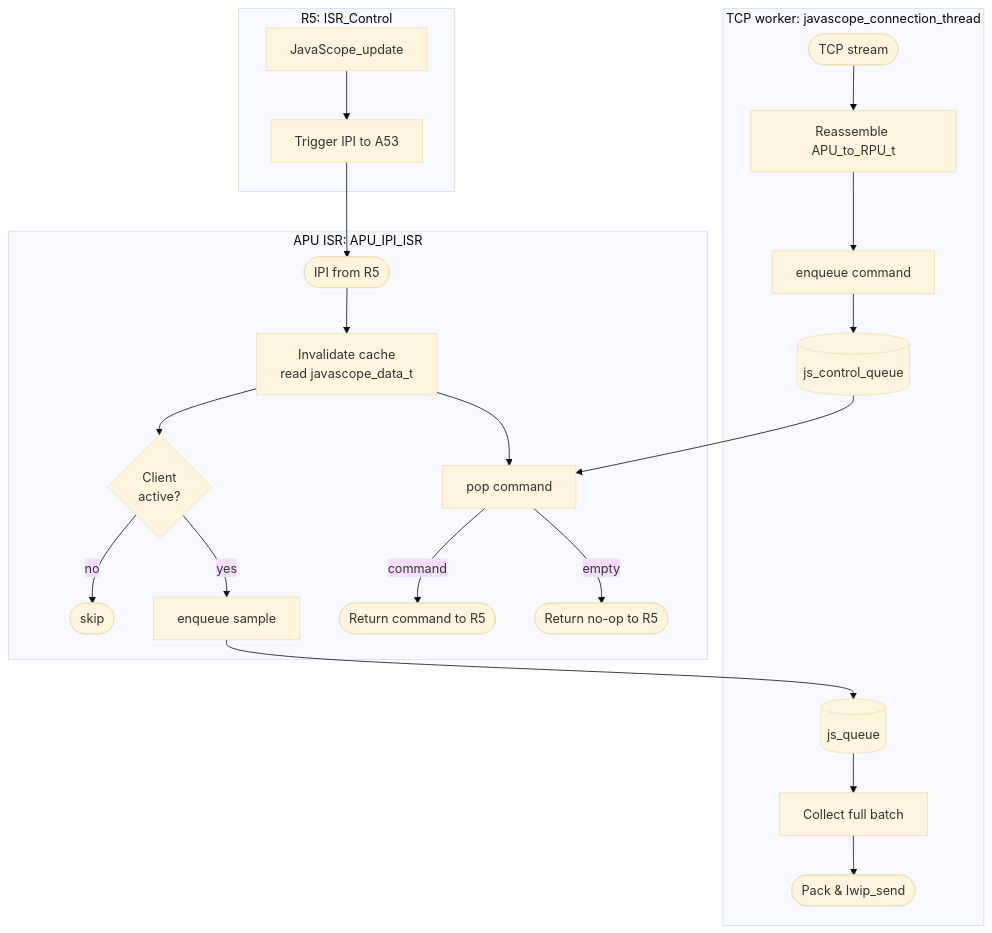
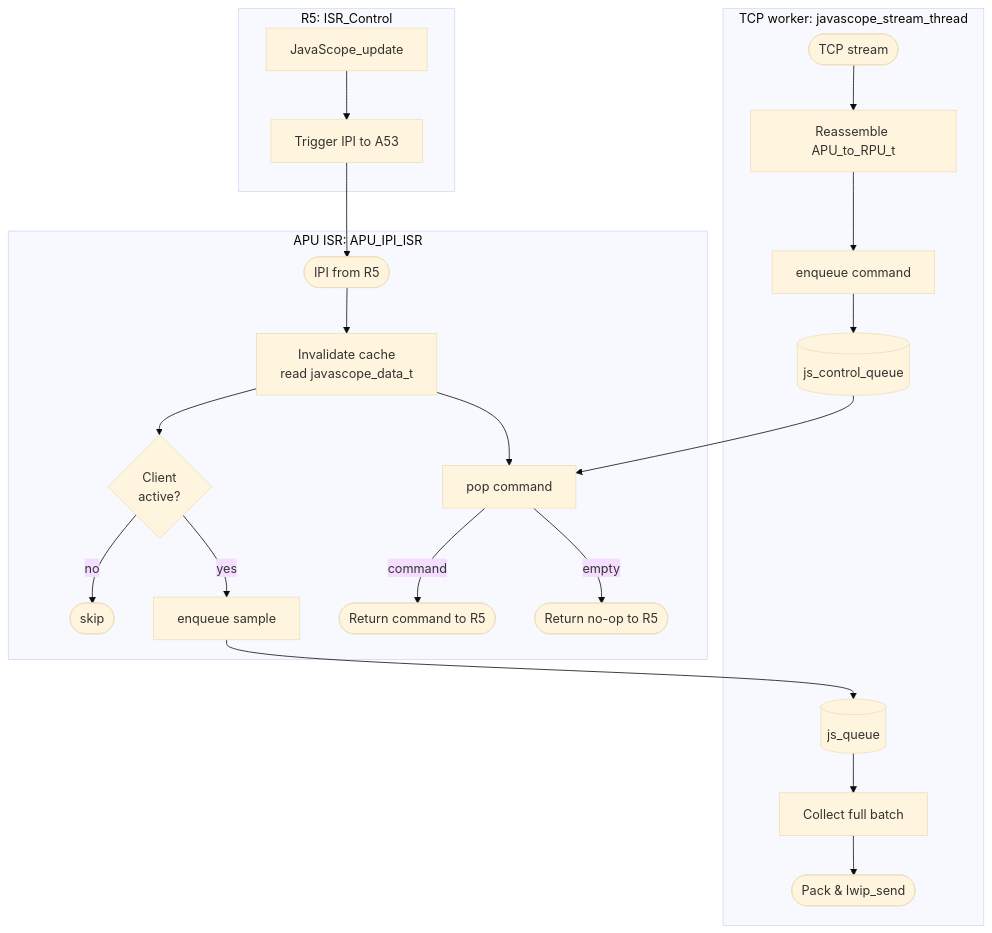
Before and after one commit to ultrazohm/ultrazohm_sw: the diagram in docs/source/guide/apu_software/datamover_a53.rst, drawn with Mermaid (base theme). The commit also changed other lines of this file and 5 other files, not shown here.

```diff
--- a/docs/source/guide/apu_software/datamover_a53.rst
+++ b/docs/source/guide/apu_software/datamover_a53.rst
@@ -10,30 +10,30 @@
 .. mermaid::
     :align: center
     :caption: A53-side view of the data mover
 
     graph TB
       subgraph R5ISR["R5: ISR_Control"]
           r5update[JavaScope_update] --> r5ipi[Trigger IPI to A53]
       end
 
       subgraph ISR["APU ISR: APU_IPI_ISR"]
           ipi([IPI from R5]) --> read[Invalidate cache\nread javascope_data_t]
           read --> check{Client\nactive?}
           check -- no --> drop([skip])
           check -- yes --> enq[enqueue sample]
           read --> pop[pop command]
           pop -- command --> reply([Return command to R5])
           pop -- empty --> nop([Return no-op to R5])
       end
 
       r5ipi --> ipi
       enq --> jsQ[(js_queue)]
       ctrlQ[(js_control_queue)] --> pop
 
-      subgraph TCP["TCP worker: javascope_connection_thread"]
+      subgraph TCP["TCP worker: javascope_stream_thread"]
           jsQ --> batch[Collect full batch]
           batch --> send([Pack & lwip_send])
           tcpIn([TCP stream]) --> asm[Reassemble APU_to_RPU_t]
           asm --> push[enqueue command]
           push --> ctrlQ
       end
```
